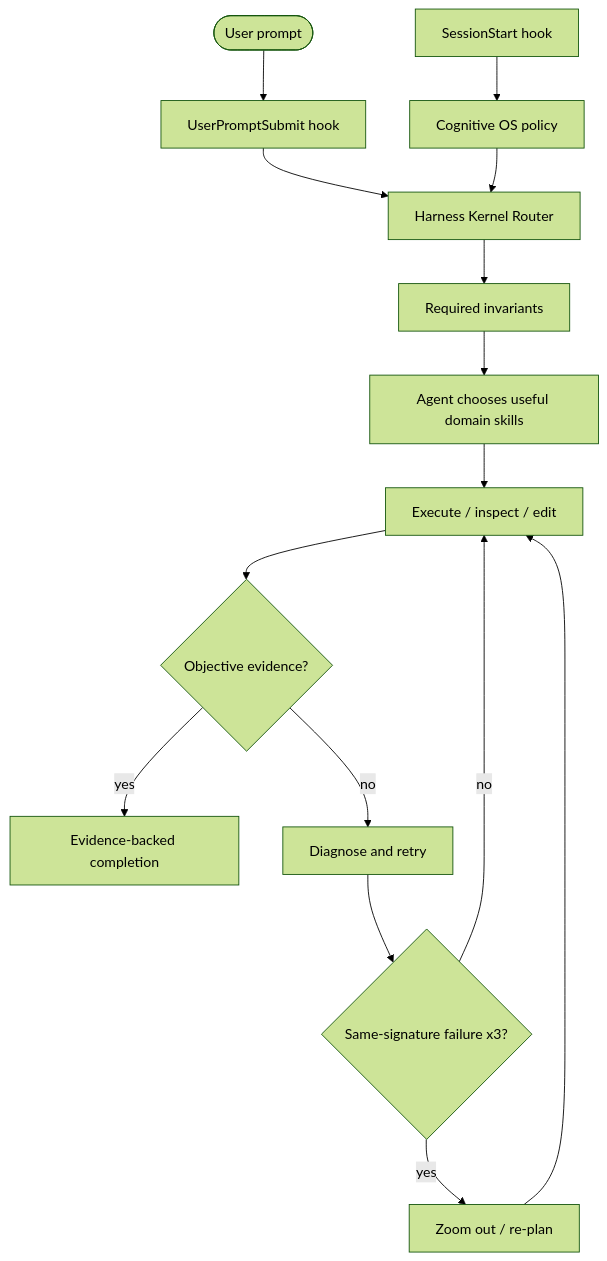
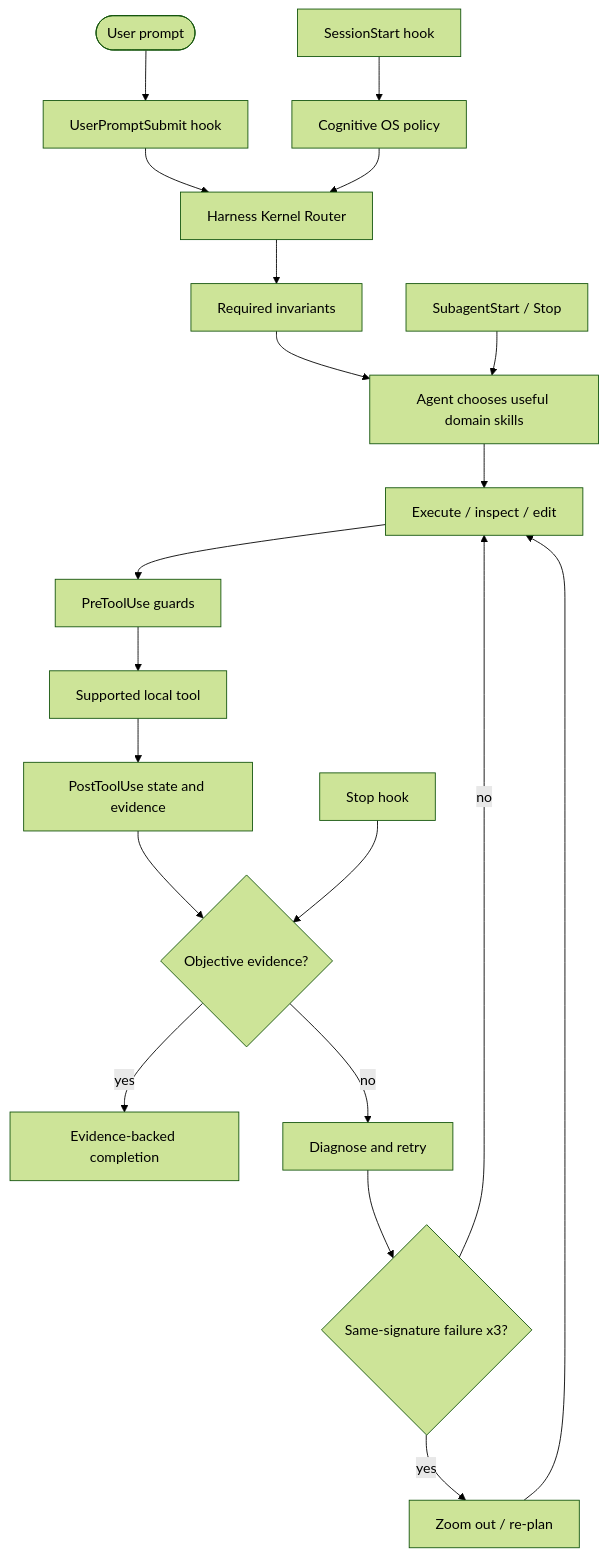
One commit to dyphn1/Harness-everything changed the diagram in docs/openai-plugin.md. Above: the diagram before and after it, drawn with Mermaid (forest theme). The commit also changed other lines of this file and 41 other files, not shown here.

````diff
--- a/docs/openai-plugin.md
+++ b/docs/openai-plugin.md
@@ -7,18 +7,23 @@
 ```mermaid
 flowchart TD
     U([User prompt]) --> H[UserPromptSubmit hook]
     H --> K[Harness Kernel Router]
     K --> I[Required invariants]
     I --> A[Agent chooses useful domain skills]
     A --> E[Execute / inspect / edit]
-    E --> V{Objective evidence?}
+    E --> P[PreToolUse guards]
+    P --> T[Supported local tool]
+    T --> Q[PostToolUse state and evidence]
+    Q --> V{Objective evidence?}
     V -->|yes| D[Evidence-backed completion]
     V -->|no| R[Diagnose and retry]
     R --> F{Same-signature failure x3?}
     F -->|no| E
     F -->|yes| Z[Zoom out / re-plan]
     Z --> E
 
     S[SessionStart hook] --> C[Cognitive OS policy]
     C --> K
+    G[SubagentStart / Stop] --> A
+    X[Stop hook] --> V
 ```
````
